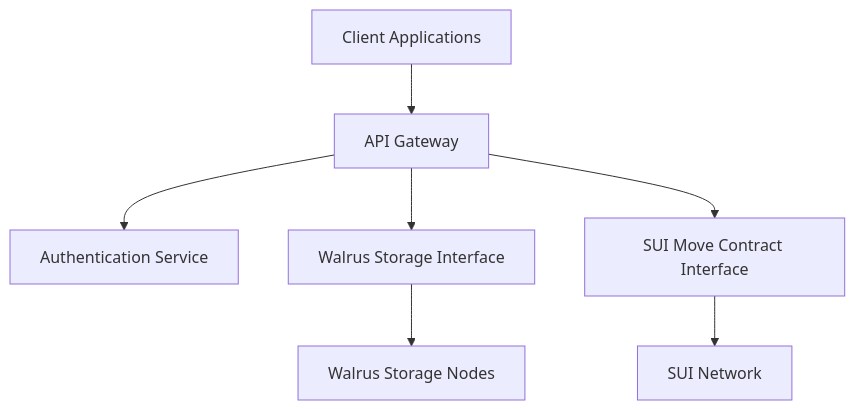
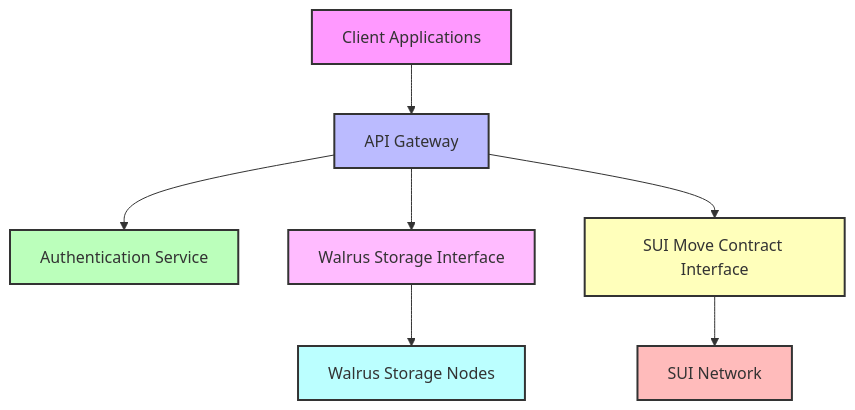
Before and after one commit to RivenLSCP/docs: the third of 3 diagrams in technical/architecture.mdx, drawn with Mermaid. The commit also changed other lines of this file and 3 other files, not shown here.

````diff
--- a/technical/architecture.mdx
+++ b/technical/architecture.mdx
@@ -176,10 +190,17 @@
 ```mermaid
 graph TD
     A[Client Applications] --> B[API Gateway]
     B --> C[Authentication Service]
     B --> D[Walrus Storage Interface]
     B --> E[SUI Move Contract Interface]
-    
     D --> F[Walrus Storage Nodes]
     E --> G[SUI Network]
+
+    style A fill:#f9f,stroke:#333,stroke-width:2px
+    style B fill:#bbf,stroke:#333,stroke-width:2px
+    style C fill:#bfb,stroke:#333,stroke-width:2px
+    style D fill:#fbf,stroke:#333,stroke-width:2px
+    style E fill:#ffb,stroke:#333,stroke-width:2px
+    style F fill:#bff,stroke:#333,stroke-width:2px
+    style G fill:#fbb,stroke:#333,stroke-width:2px
 ```
````
